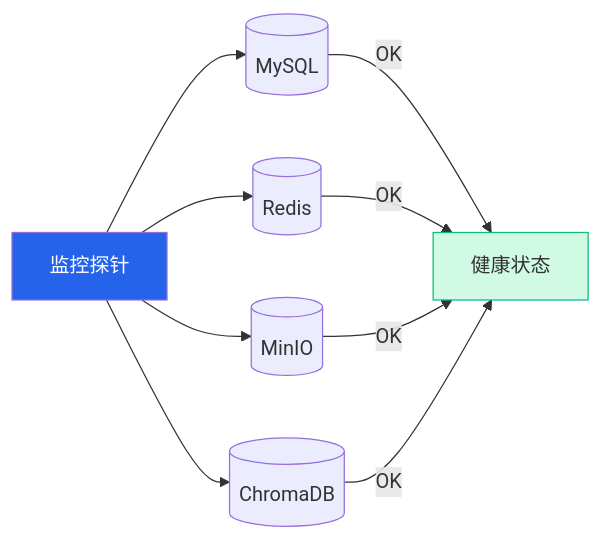
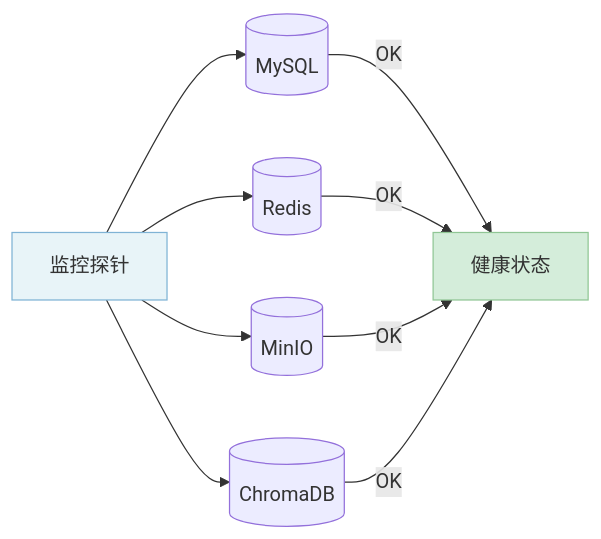
Diagram 14 of 14 in docs/architecture.md (xt765/ResumeScreening), drawn with Mermaid before and after one commit. The commit also changed other lines of this file and 4 other files, not shown here.

````diff
--- a/docs/architecture.md
+++ b/docs/architecture.md
@@ -730,15 +866,15 @@
 ```mermaid
 graph LR
     Check[监控探针] --> DB[(MySQL)]
     Check --> Cache[(Redis)]
     Check --> OSS[(MinIO)]
     Check --> Vec[(ChromaDB)]
     
     DB -->|OK| Status[健康状态]
     Cache -->|OK| Status
     OSS -->|OK| Status
     Vec -->|OK| Status
     
-    style Check fill:#2563eb,color:#fff
-    style Status fill:#d1fae5,stroke:#10b981
+    style Check fill:#e8f4f8,stroke:#7fb3d5,stroke-width:1px
+    style Status fill:#d4edda,stroke:#90c695,stroke-width:1px
 ```
````
